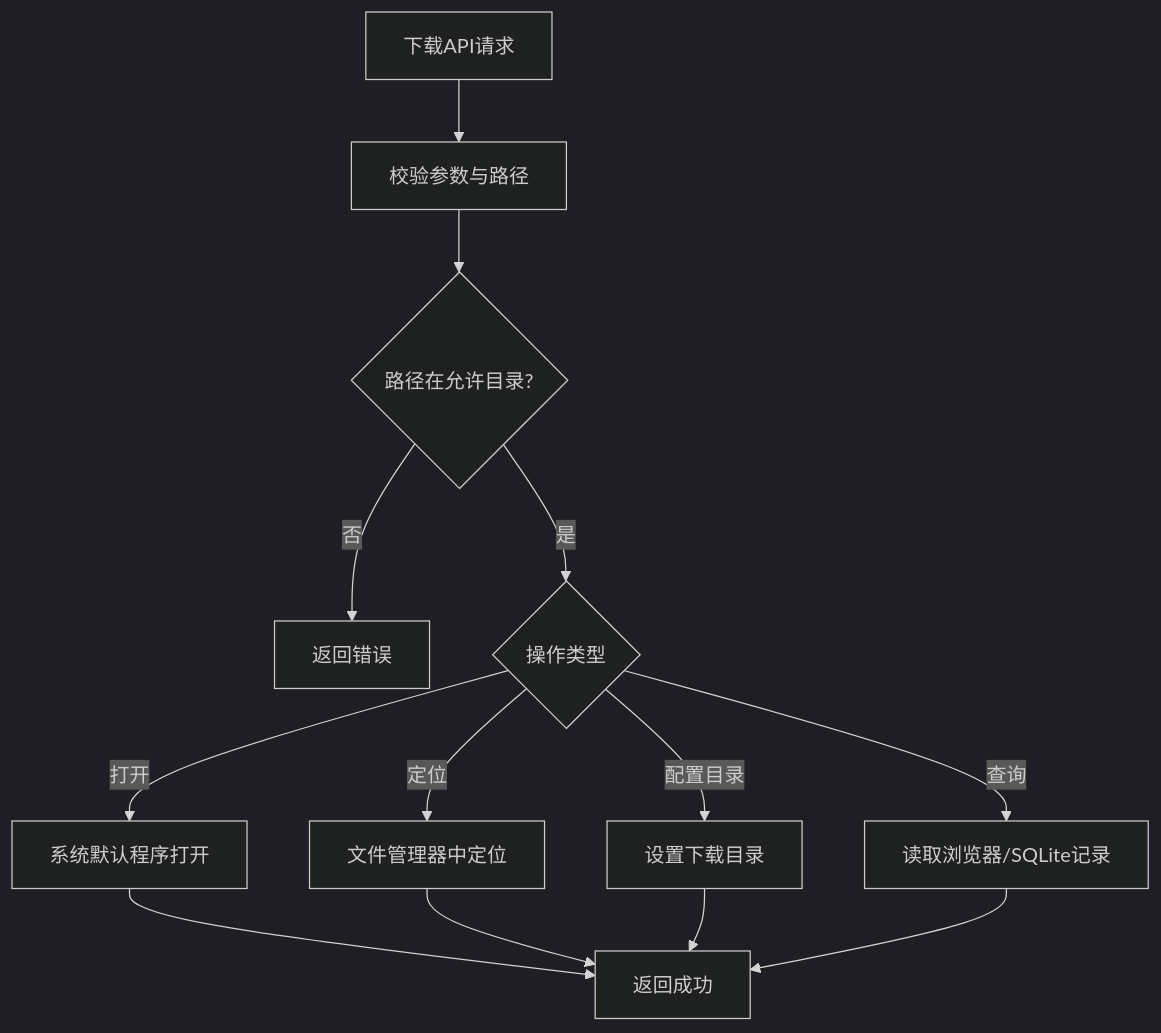
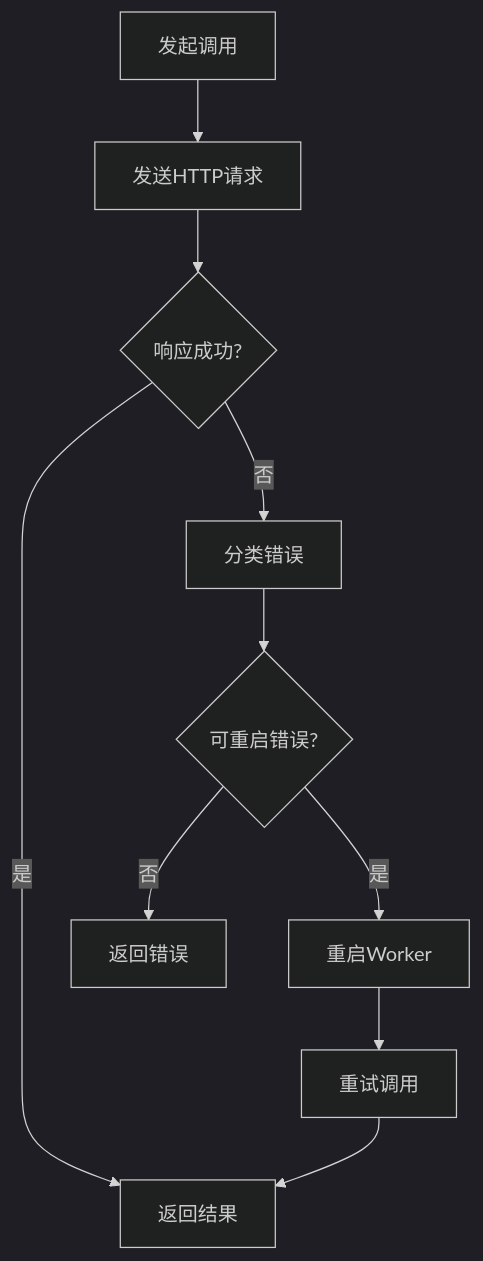
One commit to alvinwangzi/goodhr changed the sixth of 7 diagrams in .qoder/repowiki/zh/content/本地执行器/浏览器自动化/浏览器控制器/Cookie与下载管理.md. Above: the diagram before and after it, drawn with Mermaid (dark theme). The commit also changed other lines of this file and 149 other files, not shown here.

````diff
--- a/.qoder/repowiki/zh/content/本地执行器/浏览器自动化/浏览器控制器/Cookie与下载管理.md
+++ b/.qoder/repowiki/zh/content/本地执行器/浏览器自动化/浏览器控制器/Cookie与下载管理.md
@@ -279,15 +300,12 @@
 ```mermaid
 flowchart TD
-Req["下载API请求"] --> Validate["校验参数与路径"]
-Validate --> Allowed{"路径在允许目录?"}
-Allowed --> |否| Error["返回错误"]
-Allowed --> |是| Action{"操作类型"}
-Action --> |打开| Open["系统默认程序打开"]
-Action --> |定位| Reveal["文件管理器中定位"]
-Action --> |配置目录| Configure["设置下载目录"]
-Action --> |查询| Query["读取浏览器/SQLite记录"]
-Open --> Done["返回成功"]
-Reveal --> Done
-Configure --> Done
-Query --> Done
+CallStart["发起调用"] --> TryCall["发送HTTP请求"]
+TryCall --> Ok{"响应成功?"}
+Ok --> |是| Return["返回结果"]
+Ok --> |否| Classify["分类错误"]
+Classify --> Restartable{"可重启错误?"}
+Restartable --> |是| Restart["重启Worker"]
+Restart --> RetryCall["重试调用"]
+RetryCall --> Return
+Restartable --> |否| Error["返回错误"]
 ```
````
